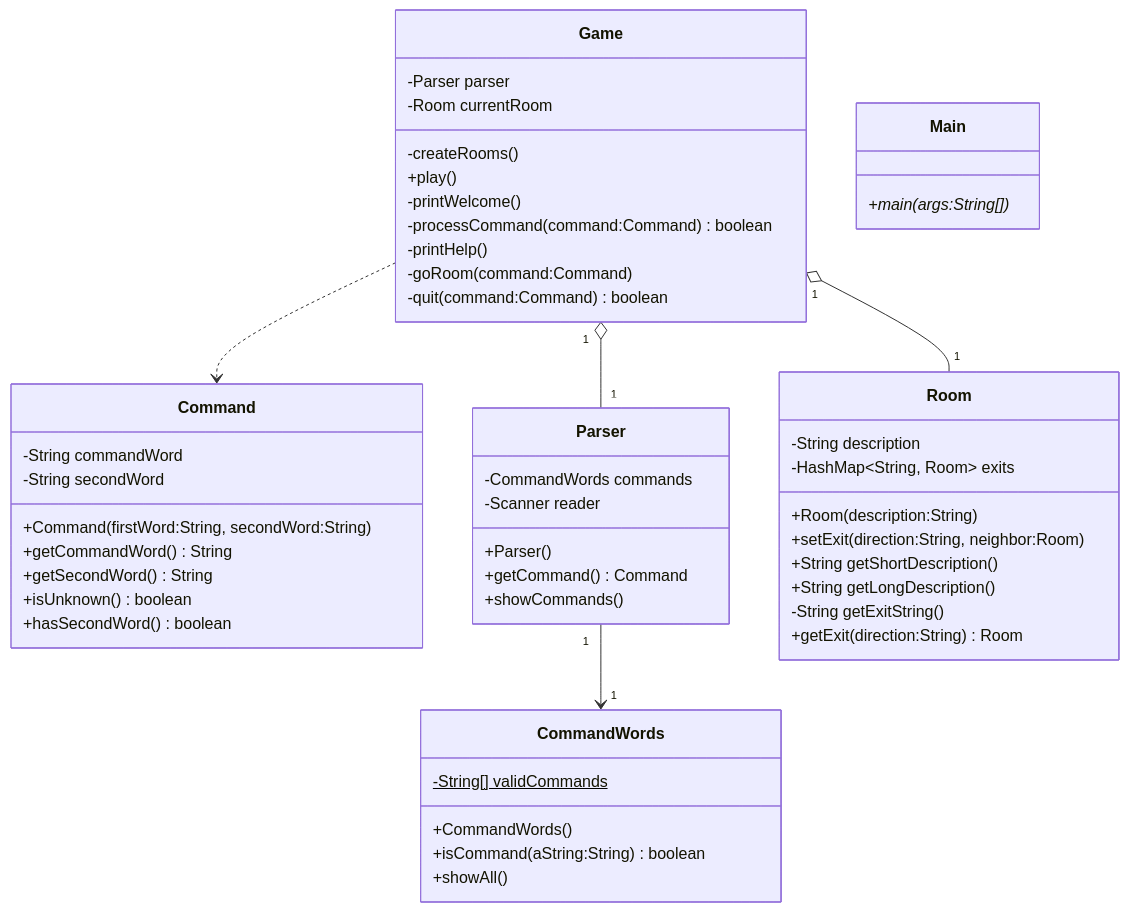
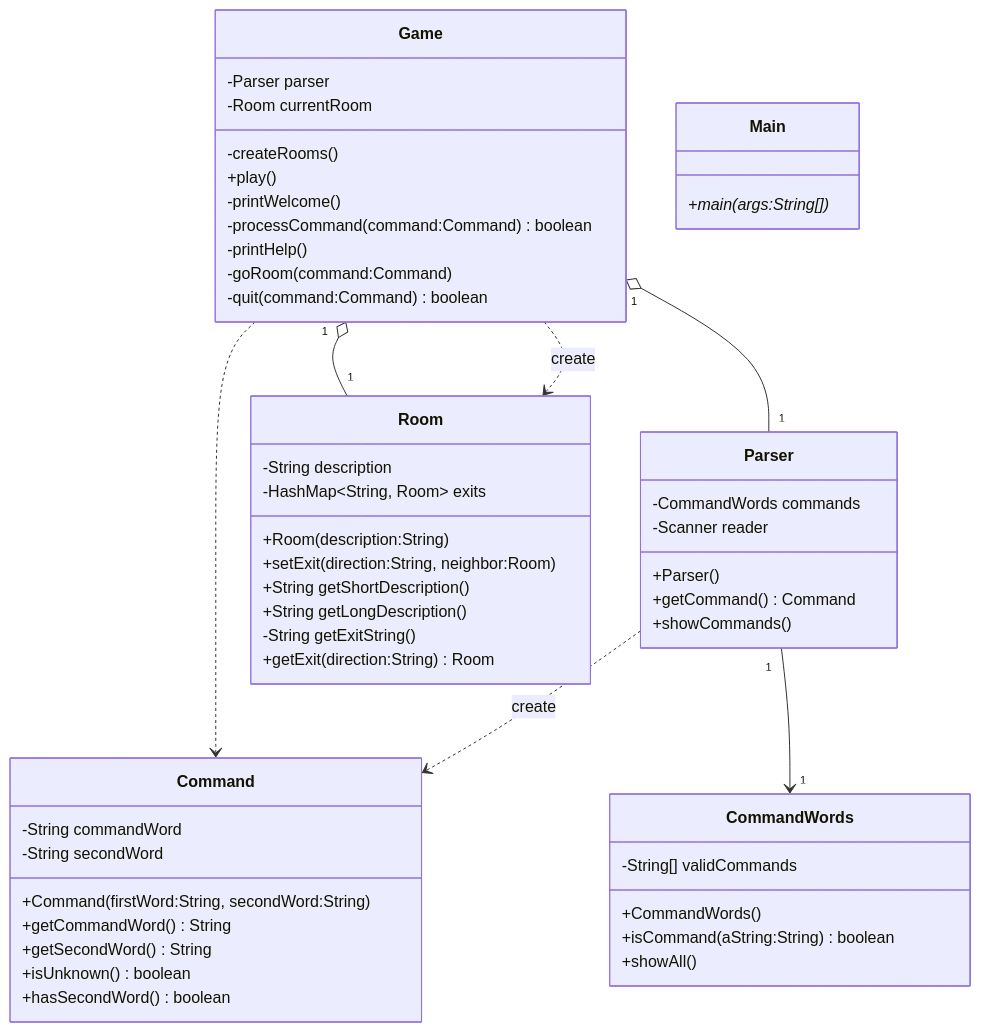
The diagram in UML_Class.md (gbnijnugyf/Colossal-Cave-Adventure), drawn with Mermaid before and after one commit. The commit also changed 2 other files, not shown here.

```diff
--- a/UML_Class.md
+++ b/UML_Class.md
@@ -1,53 +1,55 @@
 ~~~mermaid
 classDiagram
 Game..>Command
 Game "1" o-- "1" Parser
 Game "1" o-- "1" Room
 Parser "1" --> "1" CommandWords
+Parser ..> Command:create
+Game ..> Room:create
 class Command{
     -String commandWord
     -String secondWord
     +Command(firstWord:String, secondWord:String)
     +getCommandWord() String
     +getSecondWord() String
     +isUnknown() boolean
     +hasSecondWord() boolean
 }
 class CommandWords{
-    -String[] validCommands$
+    -String[] validCommands
     +CommandWords()
     +isCommand(aString:String) boolean
     +showAll()
 }
 class Game{
     -Parser parser 
     -Room currentRoom
     -createRooms()
     +play()
     -printWelcome()
     -processCommand(command:Command) boolean
     -printHelp()
     -goRoom(command:Command)
     -quit(command:Command) boolean
 }
 class Parser{
     -CommandWords commands
     -Scanner reader
     +Parser()
     +getCommand() Command
     +showCommands()
 }
 class Room{
     -String description
     -HashMap~String, Room~ exits
     +Room(description:String)
     +setExit(direction:String, neighbor:Room)
     +String getShortDescription()
     +String getLongDescription()
     -String getExitString()
     +getExit(direction:String) Room
 }
 class Main{
     +main(args:String[])*
 }
 ~~~
```
